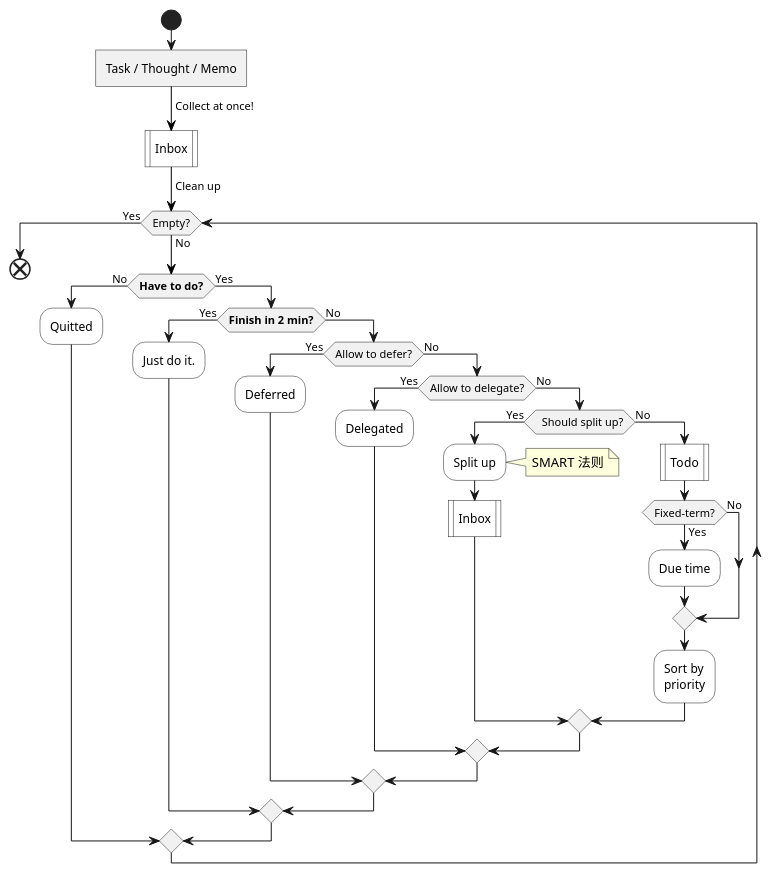
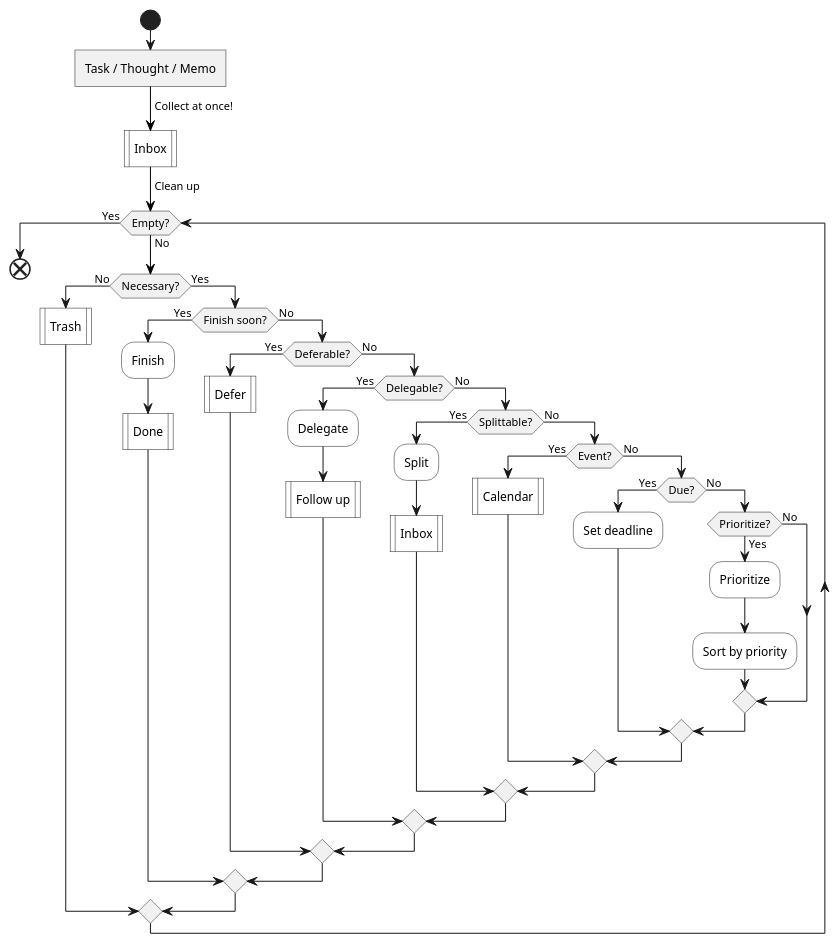
One commit to IceHe/icehe-lib changed the diagram in lifelogs/rehabilitation.md. Above: the diagram before and after it, drawn with PlantUML. The commit also changed other lines of this file and 1 other file, not shown here.

````diff
--- a/lifelogs/rehabilitation.md
+++ b/lifelogs/rehabilitation.md
@@ -186,40 +187,51 @@
 ```plantuml
 @startuml
 start
 :Task / Thought / Memo]
 -[#black]-> Collect at once!;
 #white:Inbox|
 -[#black]-> Clean up;
 while (Empty?) is (No)
-    if (**Have to do?**) then (No)
-        #white:Quitted;
+    if (Necessary?) then (No)
+        '#white:Quit;
+        #white:Trash|
     else (Yes)
-        if (**Finish in 2 min?**) then (Yes)
-            #white:Just do it.;
+        if (Finish soon?) then (Yes)
+            #white:Finish;
+            #white:Done|
         else (No)
-            if (Allow to defer?) then (Yes)
-                #white:Deferred;
+            if (Deferable?) then (Yes)
+                '#white:Defer;
+                #white:Defer|
             else (No)
-                if (Allow to delegate?) then (Yes)
-                    #white:Delegated;
+                if (Delegable?) then (Yes)
+                    #white:Delegate;
+                    #white:Follow up|
                 else (No)
-                    if (  Should split up?) then (Yes)
-                        #white:Split up;
-                        note right : SMART 法则
+                    if (Splittable?) then (Yes)
+                        #white:Split;
+                        'note right : SMART 法则
                         #white:Inbox|
                     else (No)
-                        #white:Todo|
-                        if (Fixed-term?) then (Yes)
-                            #white:Due time;
+                        if (Event?) then (Yes)
+                            #white:Calendar|
                         else (No)
+                            if (Due?) then (Yes)
+                                #white:Set deadline;
+                            else (No)
+                                if (Prioritize?) then (Yes)
+                                    #white:Prioritize;
+                                    #white:Sort by priority;
+                                else (No)
+                                endif
+                            endif
                         endif
-                        #white:Sort by\npriority;
                     endif
                 endif
             endif
         endif
     endif
 endwhile (Yes)
 end
 @enduml
 ```
````
